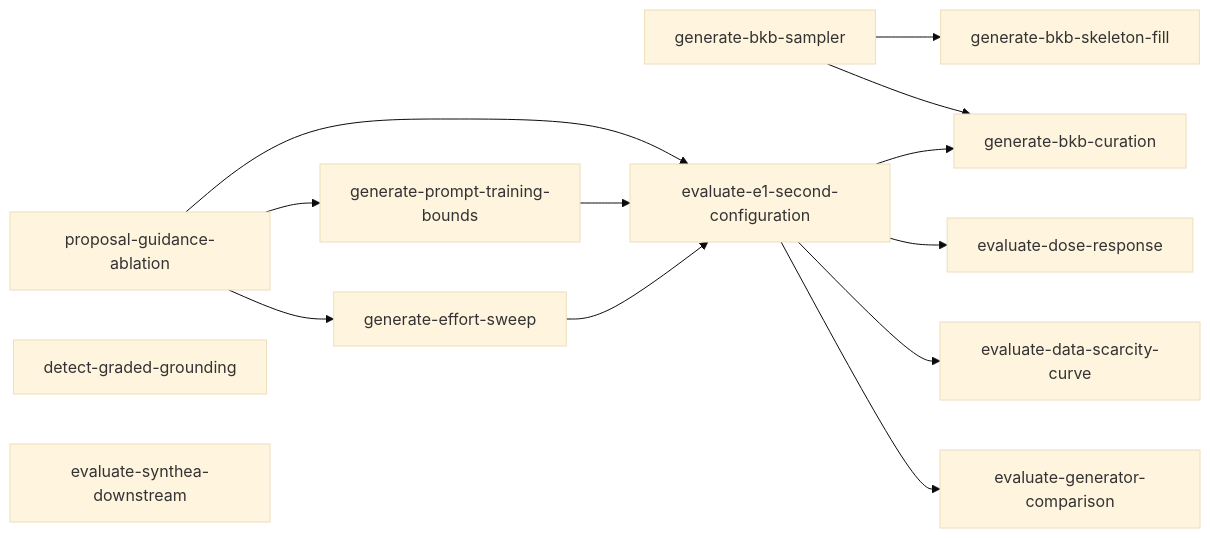
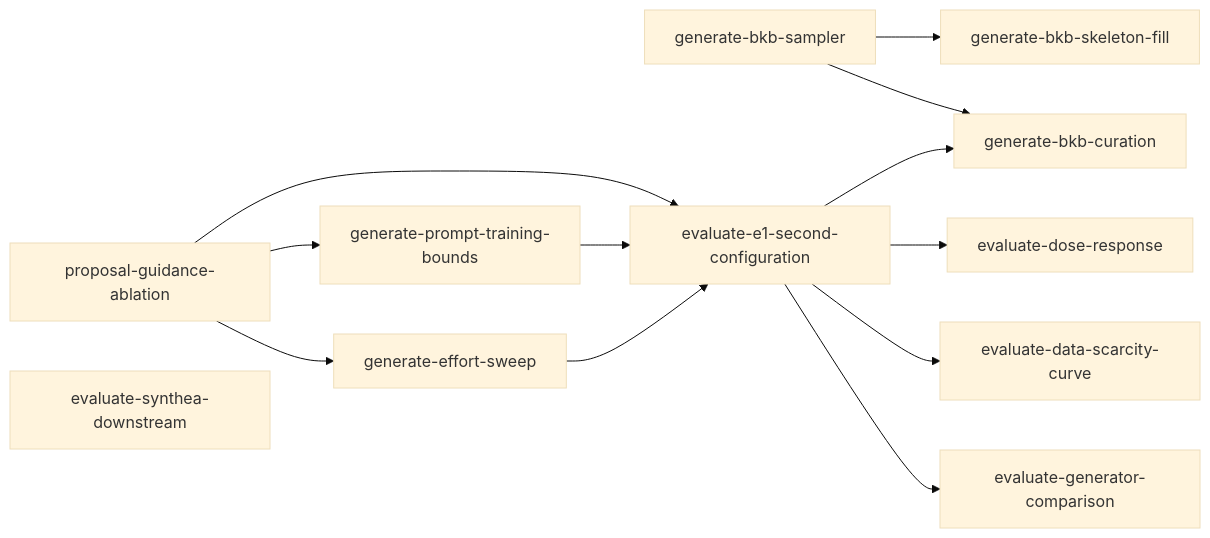
The diagram in tasks/experiments-index.md (joe-dartmouth/synthetic), drawn with Mermaid (base theme) before and after one commit. The commit also changed other lines of this file and 16 other files, not shown here.

````diff
--- a/tasks/experiments-index.md
+++ b/tasks/experiments-index.md
@@ -44,16 +38,15 @@
 ```mermaid
 flowchart LR
     bkb_sampler[generate-bkb-sampler] --> skeleton_fill[generate-bkb-skeleton-fill]
     bkb_sampler[generate-bkb-sampler] --> bkb_curation[generate-bkb-curation]
     e1_second[evaluate-e1-second-configuration] --> bkb_curation[generate-bkb-curation]
     guidance_ablation[proposal-guidance-ablation] --> e1_second[evaluate-e1-second-configuration]
     guidance_ablation[proposal-guidance-ablation] --> prompt_bounds[generate-prompt-training-bounds]
     guidance_ablation[proposal-guidance-ablation] --> effort_sweep[generate-effort-sweep]
     prompt_bounds[generate-prompt-training-bounds] --> e1_second[evaluate-e1-second-configuration]
     effort_sweep[generate-effort-sweep] --> e1_second[evaluate-e1-second-configuration]
     e1_second[evaluate-e1-second-configuration] --> dose_response[evaluate-dose-response]
     e1_second[evaluate-e1-second-configuration] --> scarcity_curve[evaluate-data-scarcity-curve]
     e1_second[evaluate-e1-second-configuration] --> generator_comparison[evaluate-generator-comparison]
-    graded_grounding[detect-graded-grounding]
     synthea_downstream[evaluate-synthea-downstream]
 ```
````
